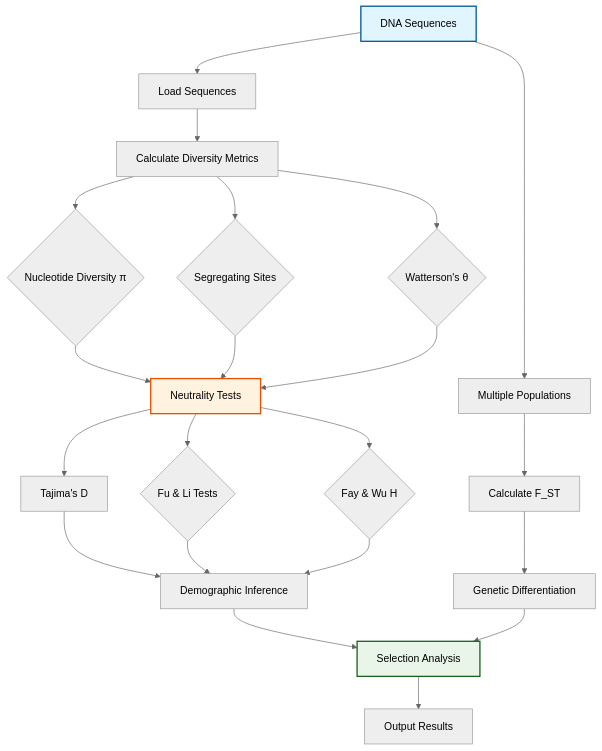
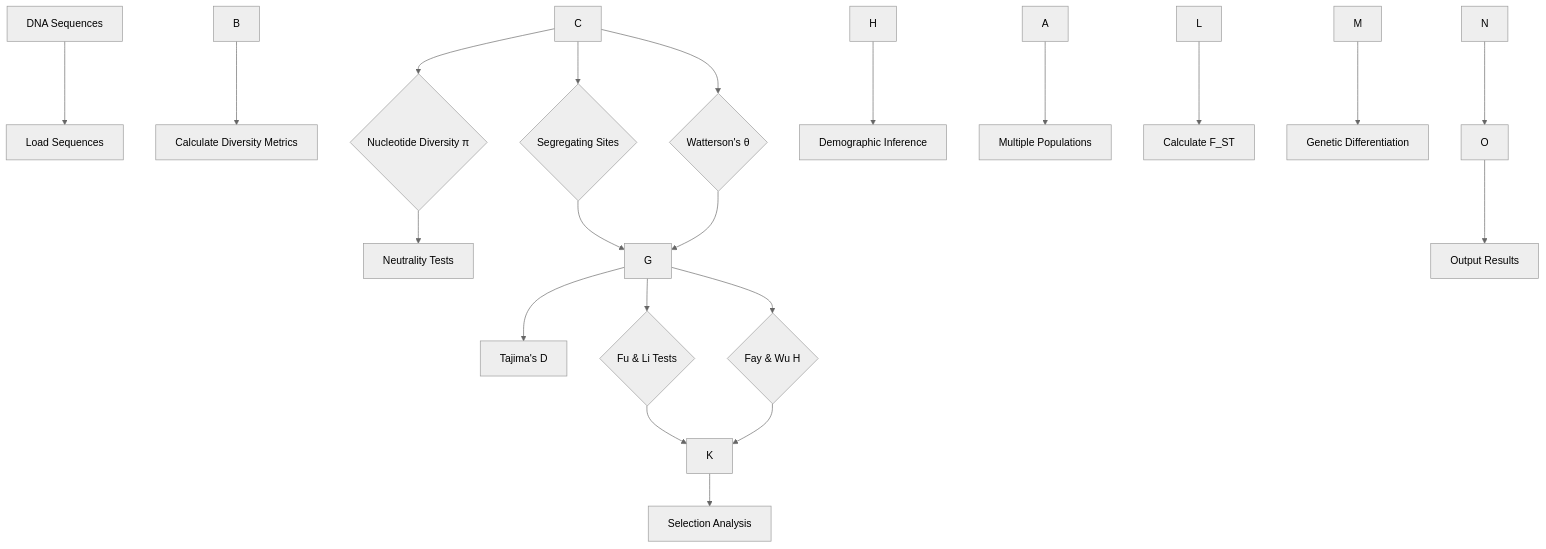
The fourth of 4 diagrams in src/metainformant/dna/README.md (docxology/MetaInformAnt), drawn with Mermaid (neutral theme) before and after one commit. The commit also changed other lines of this file and 611 other files, not shown here.

````diff
--- a/src/metainformant/dna/README.md
+++ b/src/metainformant/dna/README.md
@@ -705,34 +702,31 @@
 ```mermaid
 graph TD
-    A[DNA Sequences] --> B[Load Sequences]
-    B --> C[Calculate Diversity Metrics]
+    AdnaSequences[DNA Sequences] --> BloadSequences[Load Sequences]
+    B --> CcalculateDiversityMetrics[Calculate Diversity Metrics]
 
     C --> D{Nucleotide Diversity π}
     C --> E{Segregating Sites}
     C --> F{Watterson's θ}
 
-    D --> G[Neutrality Tests]
+    D --> GneutralityTests[Neutrality Tests]
     E --> G
     F --> G
 
-    G --> H[Tajima's D]
+    G --> Htajima'sD[Tajima's D]
     G --> I{Fu & Li Tests}
     G --> J{Fay & Wu H}
 
-    H --> K[Demographic Inference]
+    H --> KdemographicInference[Demographic Inference]
     I --> K
     J --> K
 
-    A --> L[Multiple Populations]
-    L --> M[Calculate F_ST]
-    M --> N[Genetic Differentiation]
+    A --> LmultiplePopulations[Multiple Populations]
+    L --> McalculateFSt[Calculate F_ST]
+    M --> NgeneticDifferentiation[Genetic Differentiation]
 
-    K --> O[Selection Analysis]
+    K --> OselectionAnalysis[Selection Analysis]
     N --> O
 
-    O --> P[Output Results]
+    O --> PoutputResults[Output Results]
 
-    style A fill:#e1f5fe,stroke:#01579b,stroke-width:2px
-    style G fill:#fff3e0,stroke:#e65100,stroke-width:2px
-    style O fill:#e8f5e8,stroke:#1b5e20,stroke-width:2px
 ```
````
